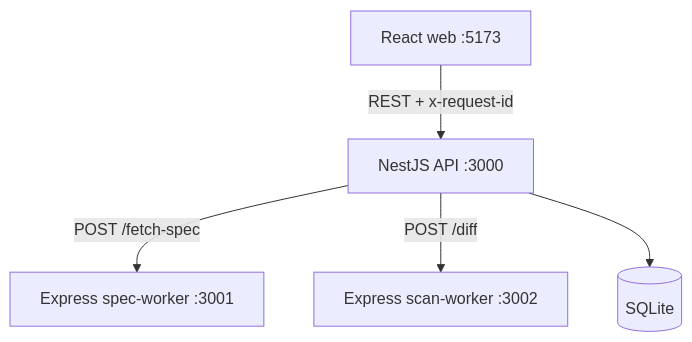
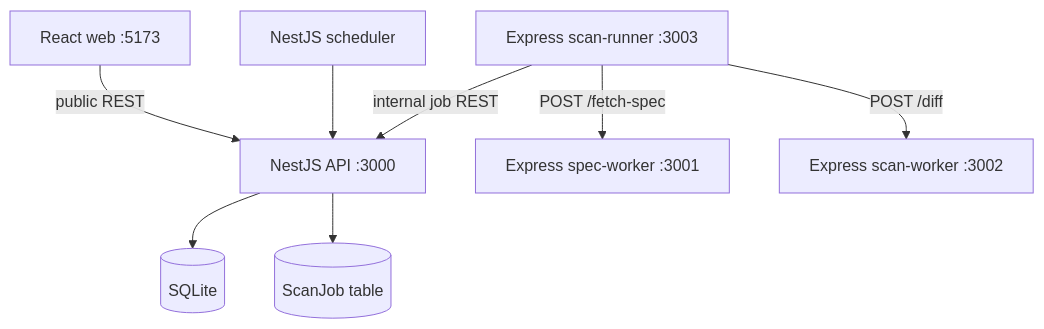
The first of 3 diagrams in docs/architecture.md (zrira/contrava), drawn with Mermaid before and after one commit. The commit also changed other lines of this file and 2 other files, not shown here.

Commit message:
docs: document scheduled scan architecture

````diff
--- a/docs/architecture.md
+++ b/docs/architecture.md
@@ -5,7 +5,10 @@
 ```mermaid
 flowchart TD
-  Browser[React web :5173] -->|REST + x-request-id| API[NestJS API :3000]
-  API -->|POST /fetch-spec| Spec[Express spec-worker :3001]
-  API -->|POST /diff| Scan[Express scan-worker :3002]
+  Browser[React web :5173] -->|public REST| API[NestJS API :3000]
   API --> DB[(SQLite)]
+  Scheduler[NestJS scheduler] --> API
+  API --> Queue[(ScanJob table)]
+  Runner[Express scan-runner :3003] -->|internal job REST| API
+  Runner -->|POST /fetch-spec| Spec[Express spec-worker :3001]
+  Runner -->|POST /diff| Diff[Express scan-worker :3002]
 ```
````
